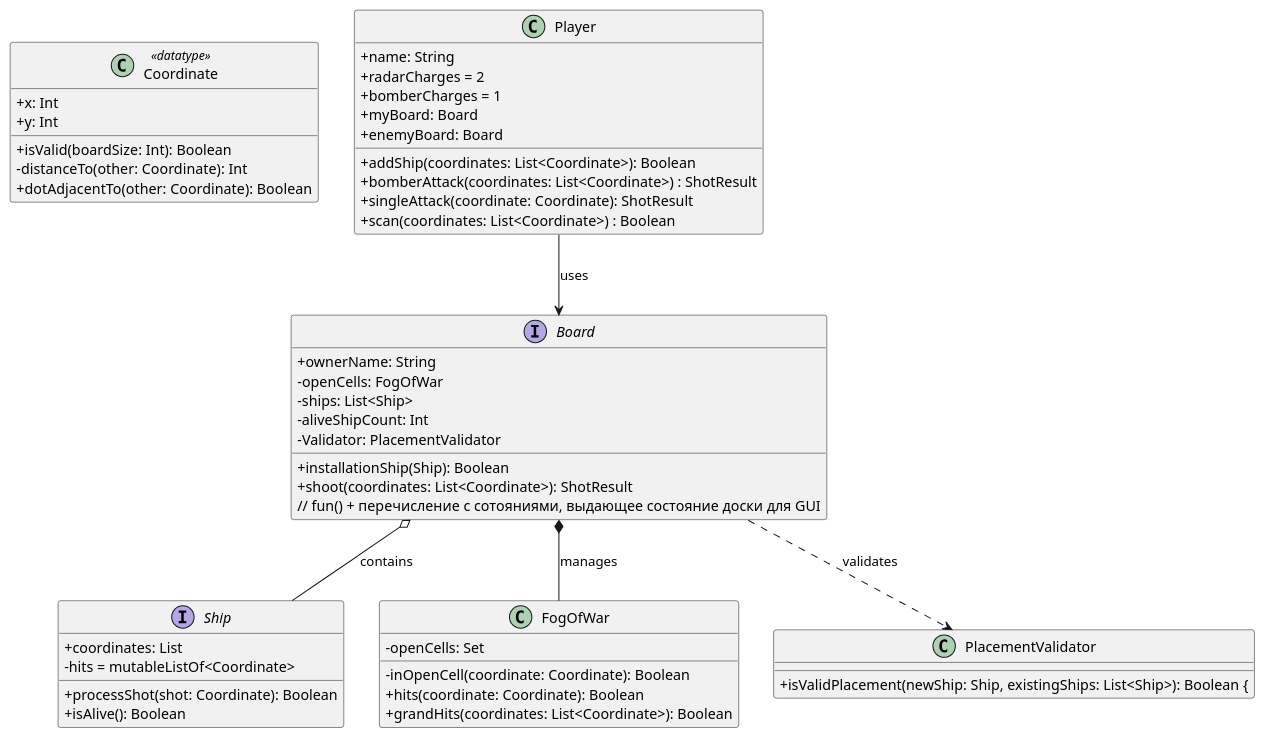
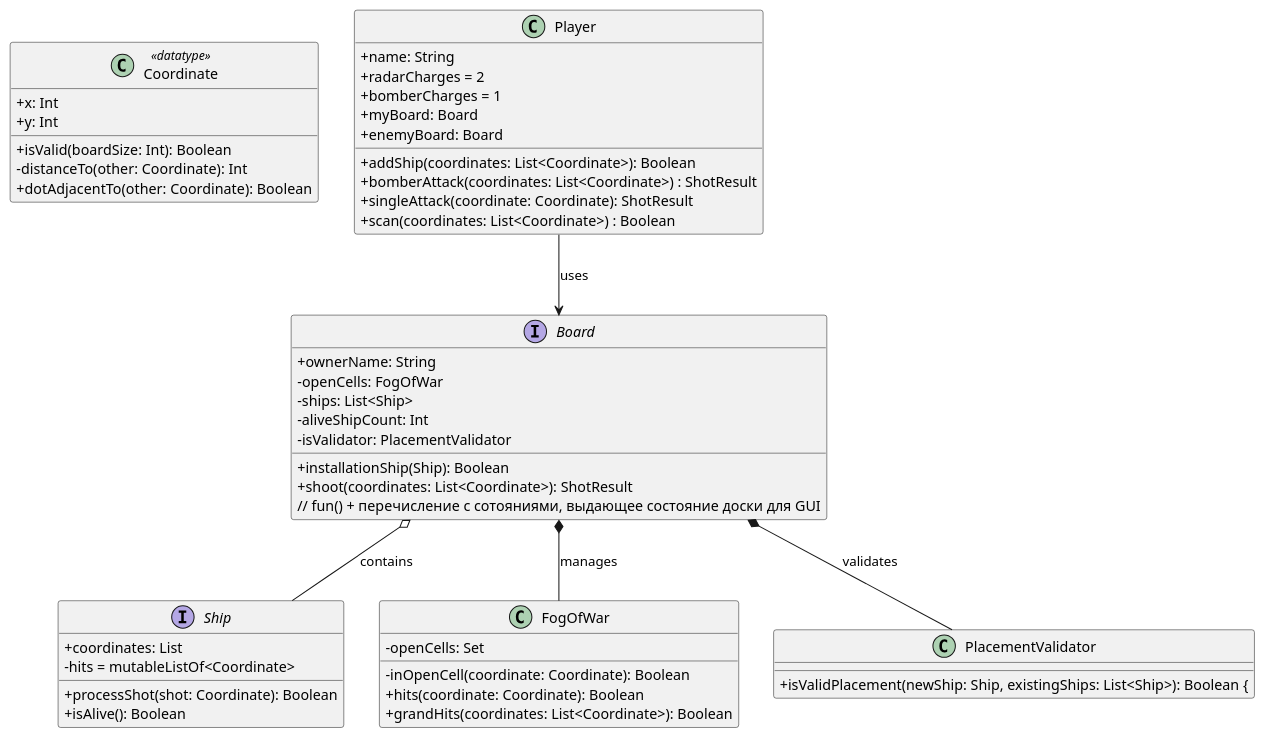
The diagram in src/main/classes/resources/Diagram.puml (leonilkuz-13/boardgame_tracker_desktop), drawn with PlantUML before and after one commit.

```diff
--- a/src/main/classes/resources/Diagram.puml
+++ b/src/main/classes/resources/Diagram.puml
@@ -1,62 +1,62 @@
 @startuml
 skinparam classAttributeIconSize 0
 
 class Coordinate <<datatype>> {
   +x: Int
   +y: Int
   +isValid(boardSize: Int): Boolean
   -distanceTo(other: Coordinate): Int
   +dotAdjacentTo(other: Coordinate): Boolean
 }
 
 class Player {
   +name: String
   +radarCharges = 2
   +bomberCharges = 1
   +myBoard: Board
   +enemyBoard: Board
   +addShip(coordinates: List<Coordinate>): Boolean
   +bomberAttack(coordinates: List<Coordinate>) : ShotResult
   +singleAttack(coordinate: Coordinate): ShotResult
   +scan(coordinates: List<Coordinate>) : Boolean
 }
 
 interface Board {
   +ownerName: String
   -openCells: FogOfWar
   -ships: List<Ship>
   -aliveShipCount: Int
-  -Validator: PlacementValidator
+  -isValidator: PlacementValidator
   +installationShip(Ship): Boolean
   +shoot(coordinates: List<Coordinate>): ShotResult
   // fun() + перечисление с сотояниями, выдающее состояние доски для GUI
 }
 
 interface Ship {
   +coordinates: List
   +processShot(shot: Coordinate): Boolean
   -hits = mutableListOf<Coordinate>
   +isAlive(): Boolean
 }
 
 class FogOfWar {
   -openCells: Set
   -inOpenCell(coordinate: Coordinate): Boolean
   +hits(coordinate: Coordinate): Boolean
   +grandHits(coordinates: List<Coordinate>): Boolean
 }
 
 class PlacementValidator{
     +isValidPlacement(newShip: Ship, existingShips: List<Ship>): Boolean {
 
 }
 
 
 ' Связи графа
 Player --> Board : uses
 Board *-- FogOfWar : manages
 Board o-- Ship : contains
-Board ..> PlacementValidator: validates
+Board *-- PlacementValidator: validates
 
 
 @enduml
```
